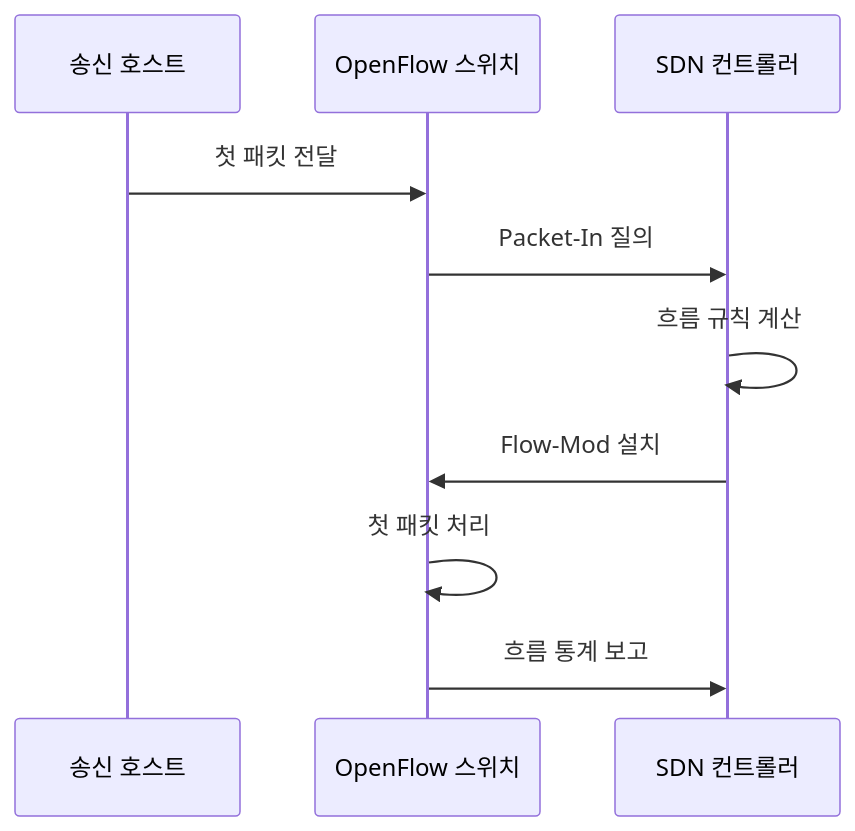
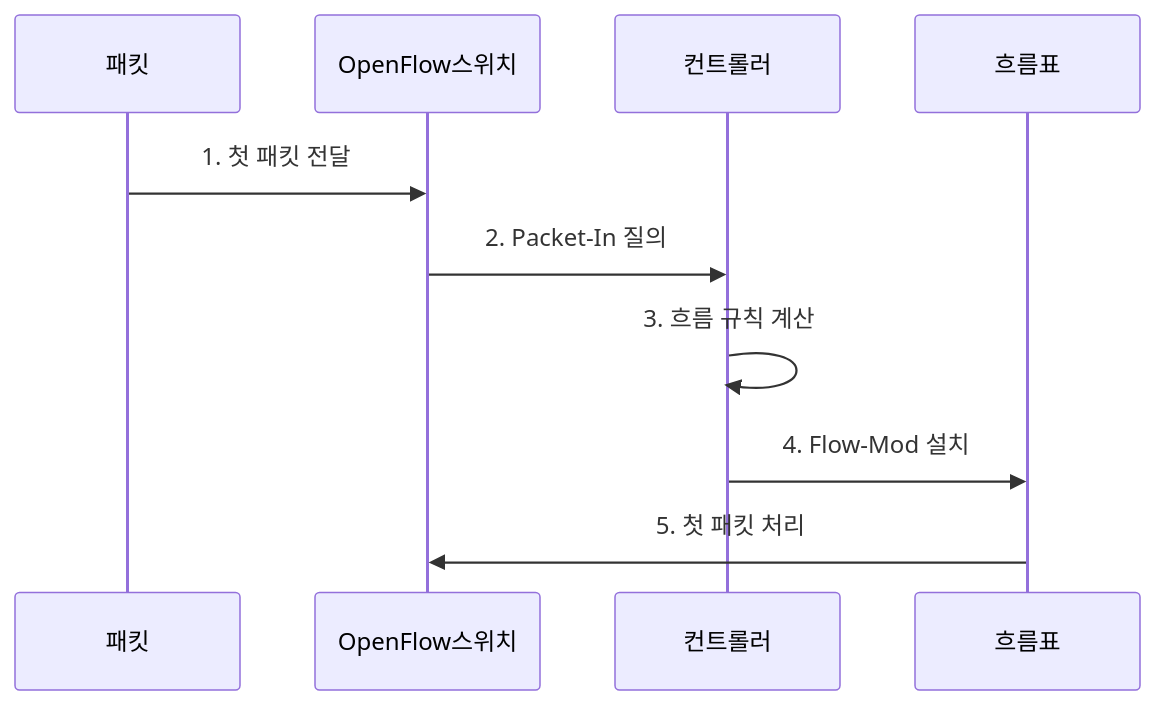
The second of 2 diagrams in src/content/docs/notes/04-network/058_sdn_controller_openflow.md (agnusdei1207/knowledge-base), drawn with Mermaid before and after one commit. The commit also changed other lines of this file and 20 other files, not shown here.

````diff
--- a/src/content/docs/notes/04-network/058_sdn_controller_openflow.md
+++ b/src/content/docs/notes/04-network/058_sdn_controller_openflow.md
@@ -86,12 +82,12 @@
 ```mermaid
 sequenceDiagram
-    participant H as 송신 호스트
-    participant S as OpenFlow 스위치
-    participant C as SDN 컨트롤러
-    H->>S: 첫 패킷 전달
-    S->>C: Packet-In 질의
-    C->>C: 흐름 규칙 계산
-    C->>S: Flow-Mod 설치
-    S->>S: 첫 패킷 처리
-    S->>C: 흐름 통계 보고
+    participant 패킷
+    participant OpenFlow스위치
+    participant 컨트롤러
+    participant 흐름표
+    패킷->>OpenFlow스위치: 1. 첫 패킷 전달
+    OpenFlow스위치->>컨트롤러: 2. Packet-In 질의
+    컨트롤러->>컨트롤러: 3. 흐름 규칙 계산
+    컨트롤러->>흐름표: 4. Flow-Mod 설치
+    흐름표->>OpenFlow스위치: 5. 첫 패킷 처리
 ```
````
